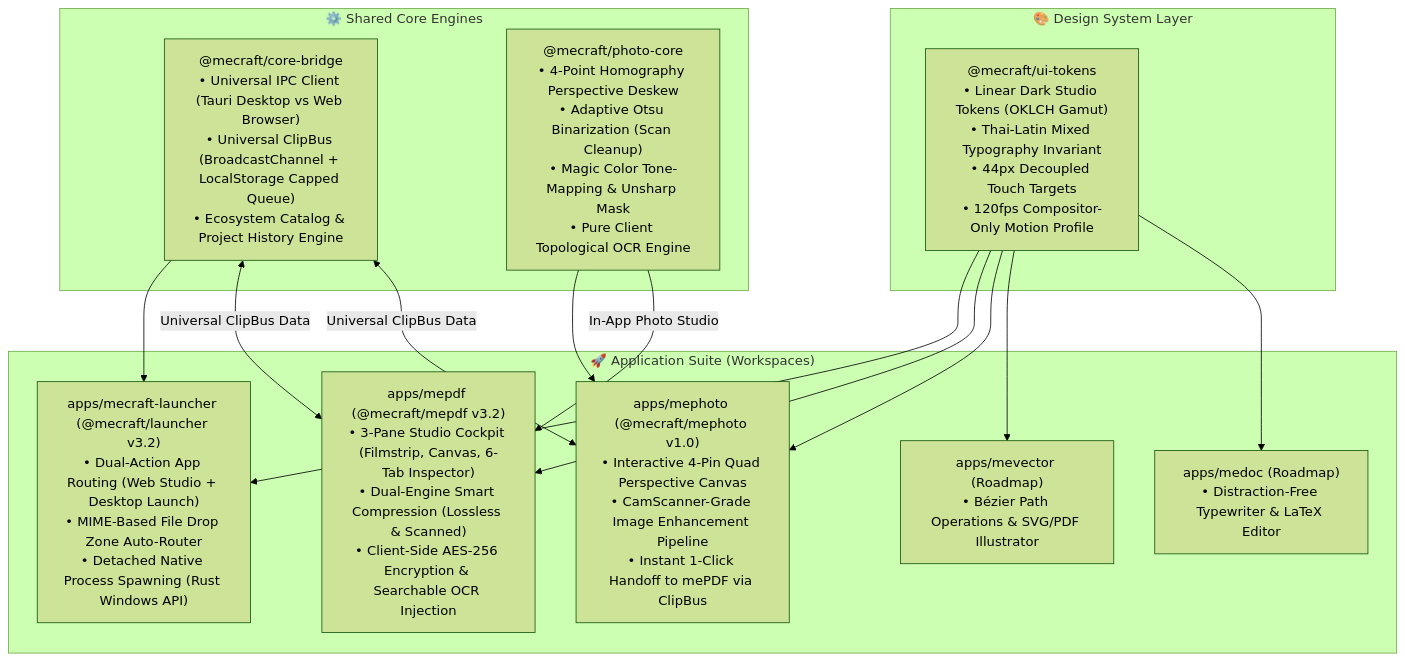
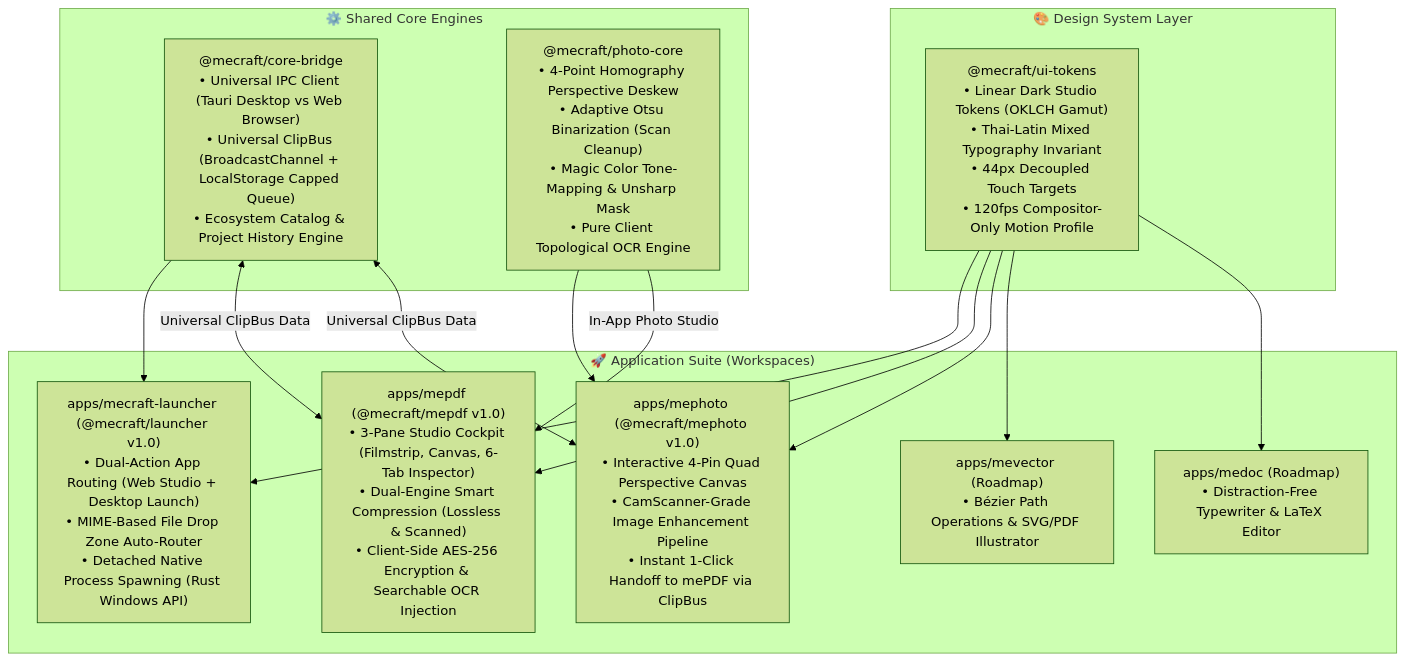
One commit to methastrategy/meCraft changed the diagram in docs/ARCHITECTURE.md. Above: the diagram before and after it, drawn with Mermaid (forest theme). The commit also changed 9 other files, not shown here.

````diff
--- a/docs/ARCHITECTURE.md
+++ b/docs/ARCHITECTURE.md
@@ -10,32 +10,32 @@
 ```mermaid
 flowchart TD
     subgraph UI_Layer["🎨 Design System Layer"]
         Tokens["@mecraft/ui-tokens\n• Linear Dark Studio Tokens (OKLCH Gamut)\n• Thai-Latin Mixed Typography Invariant\n• 44px Decoupled Touch Targets\n• 120fps Compositor-Only Motion Profile"]
     end
 
     subgraph Core_Layer["⚙️ Shared Core Engines"]
         Bridge["@mecraft/core-bridge\n• Universal IPC Client (Tauri Desktop vs Web Browser)\n• Universal ClipBus (BroadcastChannel + LocalStorage Capped Queue)\n• Ecosystem Catalog & Project History Engine"]
         PhotoCore["@mecraft/photo-core\n• 4-Point Homography Perspective Deskew\n• Adaptive Otsu Binarization (Scan Cleanup)\n• Magic Color Tone-Mapping & Unsharp Mask\n• Pure Client Topological OCR Engine"]
     end
 
     subgraph Application_Workspaces["🚀 Application Suite (Workspaces)"]
-        Launcher["apps/mecraft-launcher (@mecraft/launcher v3.2)\n• Dual-Action App Routing (Web Studio + Desktop Launch)\n• MIME-Based File Drop Zone Auto-Router\n• Detached Native Process Spawning (Rust Windows API)"]
-        PDF["apps/mepdf (@mecraft/mepdf v3.2)\n• 3-Pane Studio Cockpit (Filmstrip, Canvas, 6-Tab Inspector)\n• Dual-Engine Smart Compression (Lossless & Scanned)\n• Client-Side AES-256 Encryption & Searchable OCR Injection"]
+        Launcher["apps/mecraft-launcher (@mecraft/launcher v1.0)\n• Dual-Action App Routing (Web Studio + Desktop Launch)\n• MIME-Based File Drop Zone Auto-Router\n• Detached Native Process Spawning (Rust Windows API)"]
+        PDF["apps/mepdf (@mecraft/mepdf v1.0)\n• 3-Pane Studio Cockpit (Filmstrip, Canvas, 6-Tab Inspector)\n• Dual-Engine Smart Compression (Lossless & Scanned)\n• Client-Side AES-256 Encryption & Searchable OCR Injection"]
         Photo["apps/mephoto (@mecraft/mephoto v1.0)\n• Interactive 4-Pin Quad Perspective Canvas\n• CamScanner-Grade Image Enhancement Pipeline\n• Instant 1-Click Handoff to mePDF via ClipBus"]
         Vector["apps/mevector (Roadmap)\n• Bézier Path Operations & SVG/PDF Illustrator"]
         Doc["apps/medoc (Roadmap)\n• Distraction-Free Typewriter & LaTeX Editor"]
     end
 
     Tokens --> Launcher
     Tokens --> PDF
     Tokens --> Photo
     Tokens --> Vector
     Tokens --> Doc
 
     Bridge --> Launcher
     Bridge <-->|Universal ClipBus Data| PDF
     Bridge <-->|Universal ClipBus Data| Photo
 
     PhotoCore --> Photo
     PhotoCore -->|In-App Photo Studio| PDF
 ```
````
